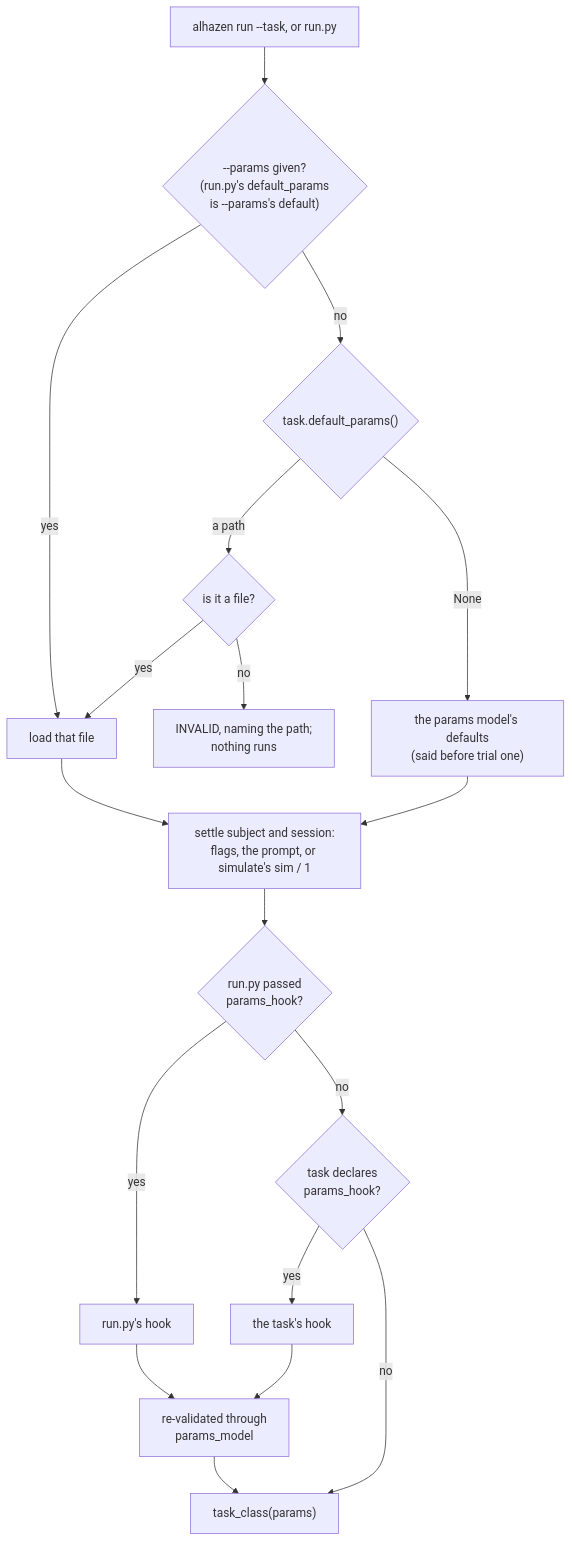
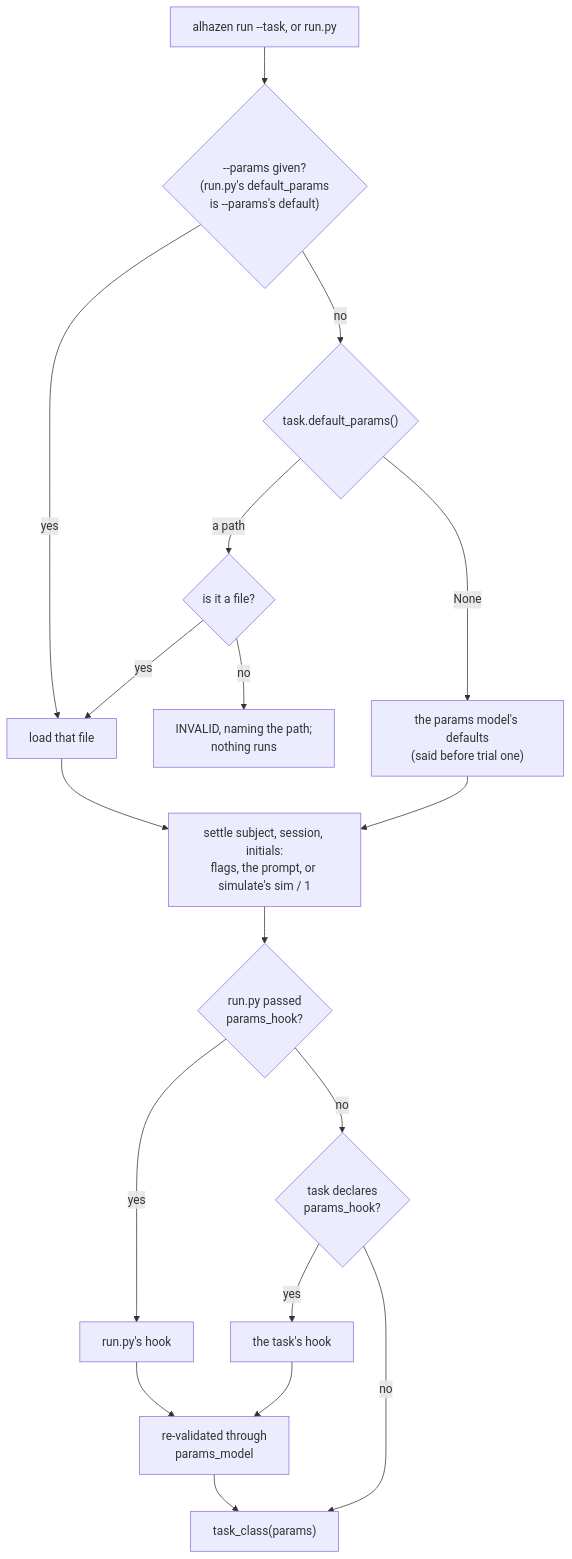
Before and after one commit to sh4r11f/alhazen: the fourth of 16 diagrams in docs/architecture.md, drawn with Mermaid. The commit also changed other lines of this file and 98 other files, not shown here.

````diff
--- a/docs/architecture.md
+++ b/docs/architecture.md
@@ -693,20 +711,20 @@
 ```mermaid
 flowchart TB
     START["alhazen run --task, or run.py"] --> P1{"--params given?<br/>(run.py's default_params<br/>is --params's default)"}
     P1 -- yes --> LOAD["load that file"]
     P1 -- no --> P2{"task.default_params()"}
     P2 -- "a path" --> EX{"is it a file?"}
     EX -- yes --> LOAD
     EX -- no --> STOP["INVALID, naming the path;<br/>nothing runs"]
     P2 -- None --> DEF["the params model's defaults<br/>(said before trial one)"]
-    LOAD --> WHO["settle subject and session:<br/>flags, the prompt, or simulate's sim / 1"]
+    LOAD --> WHO["settle subject, session, initials:<br/>flags, the prompt, or simulate's sim / 1"]
     DEF --> WHO
     WHO --> H{"run.py passed<br/>params_hook?"}
     H -- yes --> HR["run.py's hook"]
     H -- no --> HT{"task declares<br/>params_hook?"}
     HT -- yes --> HK["the task's hook"]
     HT -- no --> BUILD
     HR --> VAL["re-validated through<br/>params_model"]
     HK --> VAL
     VAL --> BUILD["task_class(params)"]
 ```
````
